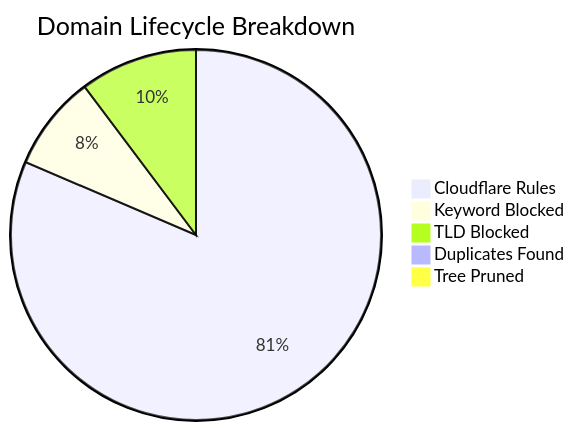
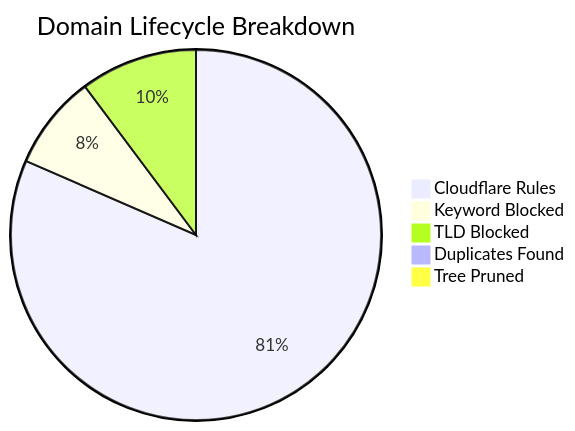
The diagram in README_STATS.md (brojangles24/Cloudflare-ZeroTrust-AdBlock), drawn with Mermaid before and after one commit. The commit also changed other lines of this file and 1 other file, not shown here.

````diff
--- a/README_STATS.md
+++ b/README_STATS.md
@@ -5,8 +5,8 @@
 ```mermaid
 pie title Domain Lifecycle Breakdown
-    "Cloudflare Rules" : 271113
-    "Keyword Blocked" : 27677
-    "TLD Blocked" : 34137
-    "Duplicates Found" : 973
-    "Tree Pruned" : 1010
+    "Cloudflare Rules" : 270110
+    "Keyword Blocked" : 27310
+    "TLD Blocked" : 33852
+    "Duplicates Found" : 963
+    "Tree Pruned" : 1011
 ```
````
